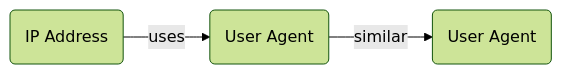
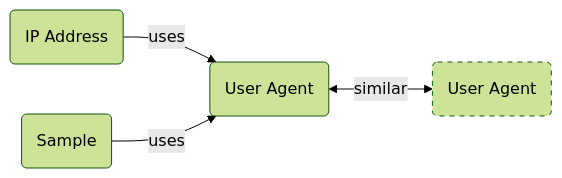
The diagram in docs/artifacts/user-agent.md (korniko98/pivot-atlas), drawn with Mermaid (forest theme) before and after one commit. The commit also changed other lines of this file and 7 other files, not shown here.

````diff
--- a/docs/artifacts/user-agent.md
+++ b/docs/artifacts/user-agent.md
@@ -35,6 +31,15 @@
 	```mermaid
 	flowchart LR
-		IP_ADDRESS("IP Address") -- uses --> USER_AGENT("User Agent")
-		USER_AGENT -- similar --> USER_AGENT_("User Agent")
-		click SERVER "#servers"
+		classDef secondary stroke-dasharray: 5 5
+		
+		%% define nodes
+		IP_ADDRESS(IP Address)
+		SAMPLE(Sample)
+		USER_AGENT(User Agent)
+		USER_AGENT_(User Agent):::secondary
+		
+		%% define edges
+		IP_ADDRESS -- uses --> USER_AGENT
+		USER_AGENT <-- similar --> USER_AGENT_
+		SAMPLE -- uses --> USER_AGENT
 	```
````
